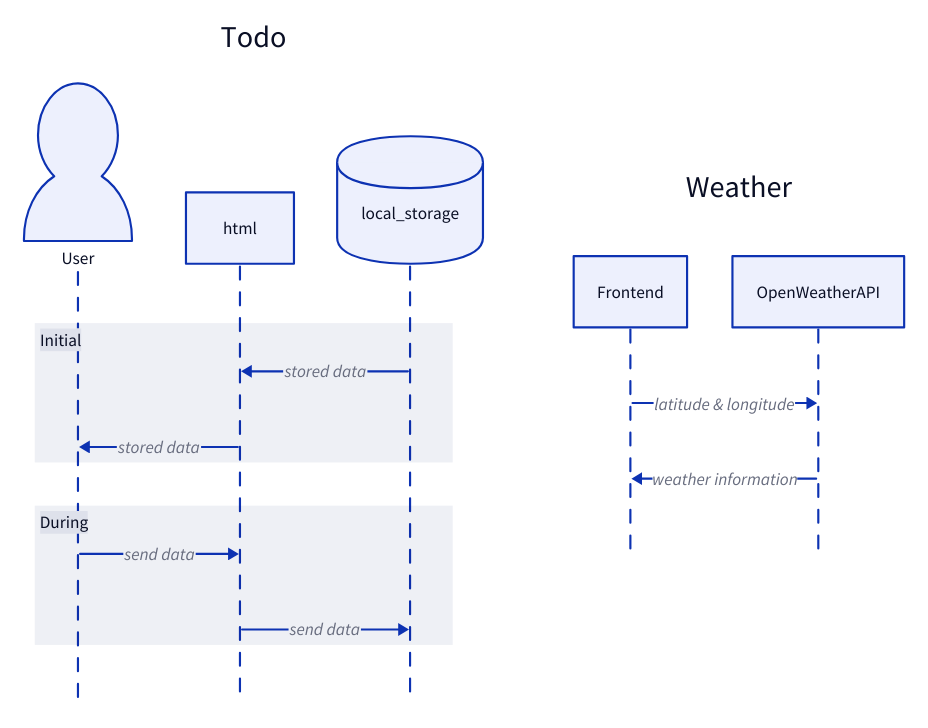
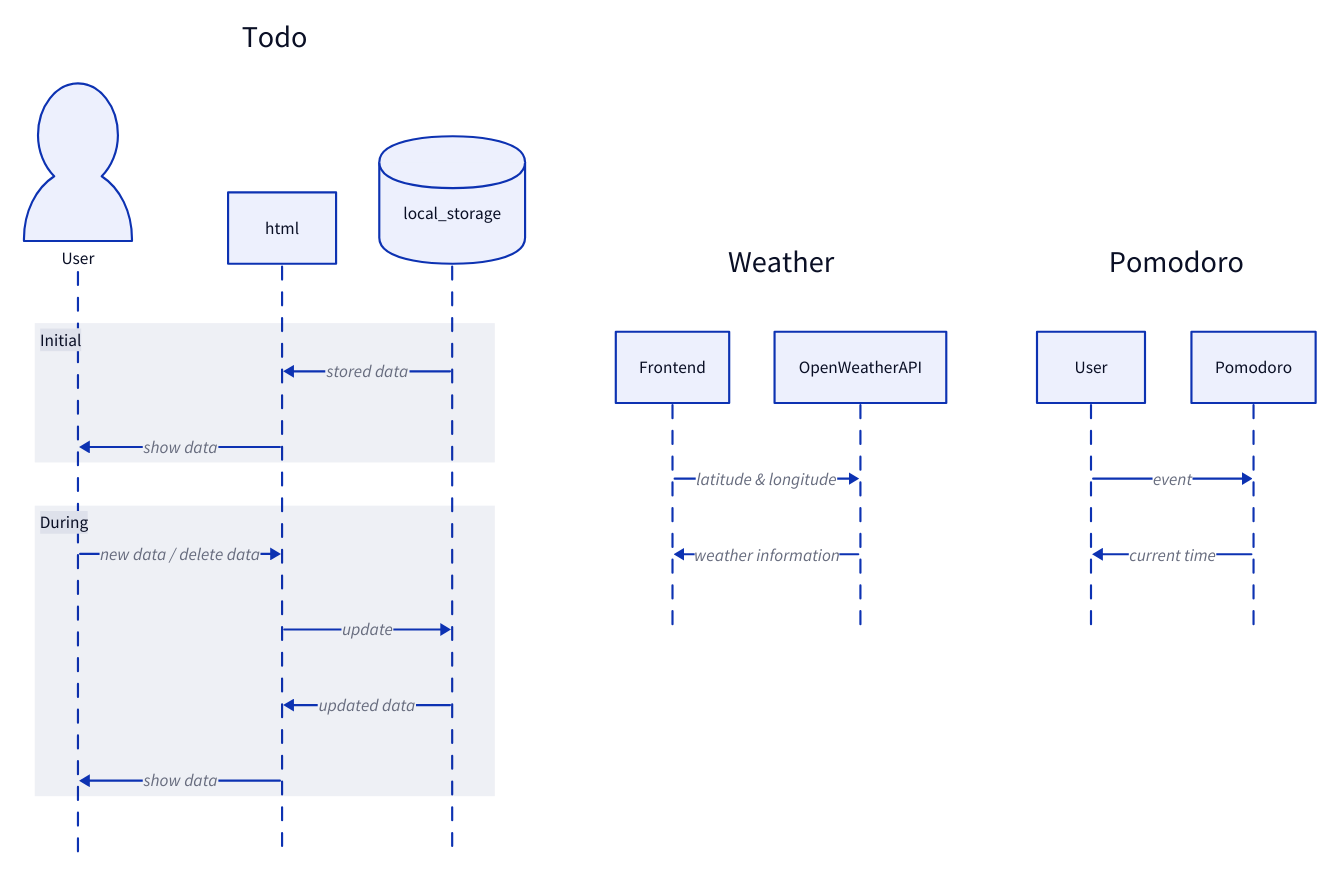
One commit to JaeHyunLee123/momentum_clone changed the diagram in model/sequence.d2. Above: the diagram before and after it, drawn with D2.

Commit message:
feat: add promodoro seqeunce

```diff
--- a/model/sequence.d2
+++ b/model/sequence.d2
@@ -1,28 +1,42 @@
 Todo: {
   shape: sequence_diagram
 
   user: User
   html
   local_storage
 
   user.shape: person
   local_storage.shape: cylinder
 
   Initial: {
-    local_storage -> html -> user: stored data
+    local_storage -> html: stored data
+    html -> user: show data
   }
 
   During: {
-    user -> html -> local_storage: send data
+    user -> html: new data / delete data
+    html -> local_storage: update
+    local_storage -> html: updated data
+    html -> user: show data
   }
 }
 
 Weather: {
   shape: sequence_diagram
 
   Frontend
   OpenWeatherAPI
 
   Frontend -> OpenWeatherAPI: latitude & longitude
   OpenWeatherAPI -> Frontend: weather information
 }
+
+Pomodoro: {
+  shape: sequence_diagram
+
+  user: User
+  Pomodoro
+
+  user -> Pomodoro: event
+  Pomodoro -> user: current time
+}
```
